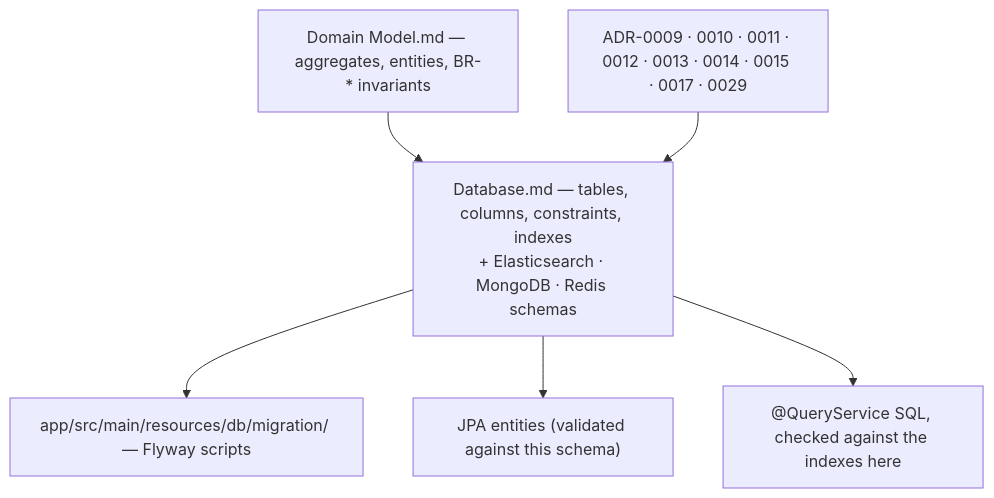
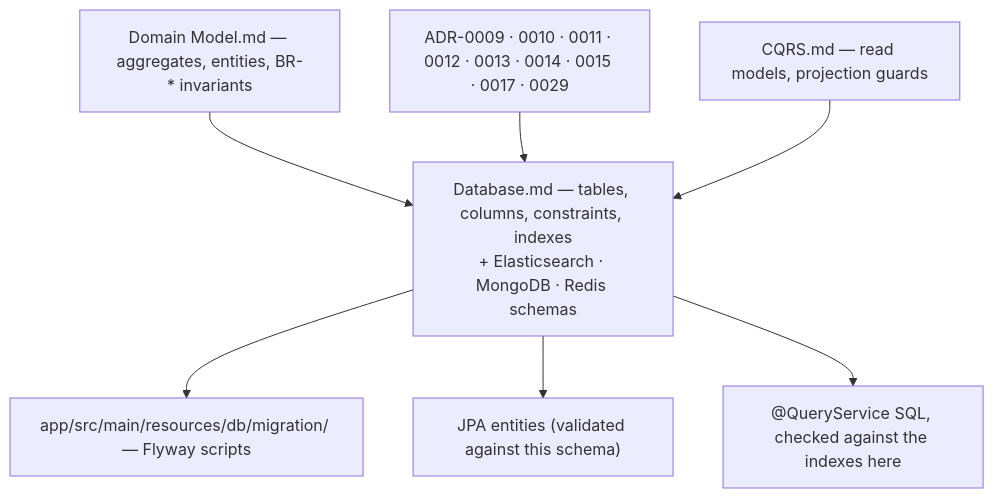
One commit to phuchoang-ecommerce-org/docs changed the tenth of 10 diagrams in SA-docs/02-backend/Database.md. Above: the diagram before and after it, drawn with Mermaid. The commit also changed other lines of this file and 17 other files, not shown here.

````diff
--- a/SA-docs/02-backend/Database.md
+++ b/SA-docs/02-backend/Database.md
@@ -2017,9 +2056,10 @@
 ```mermaid
 flowchart TB
     DM["Domain Model.md — aggregates, entities, BR-* invariants"] --> This
     ADR["ADR-0009 · 0010 · 0011 · 0012 · 0013 · 0014 · 0015 · 0017 · 0029"] --> This
+    CQ["CQRS.md — read models, projection guards"] --> This
     This["Database.md — tables, columns, constraints, indexes<br/>+ Elasticsearch · MongoDB · Redis schemas"]
     This --> FW["app/src/main/resources/db/migration/ — Flyway scripts"]
     This --> JPA["JPA entities (validated against this schema)"]
     This --> QS["@QueryService SQL, checked against the indexes here"]
 ```
````
